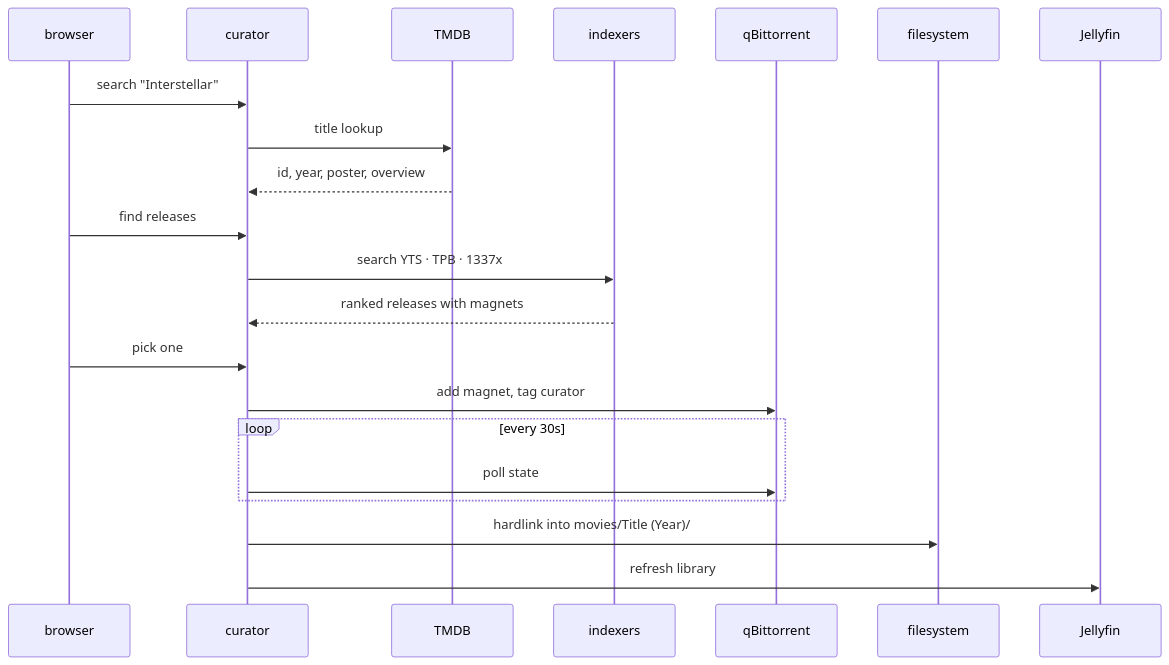
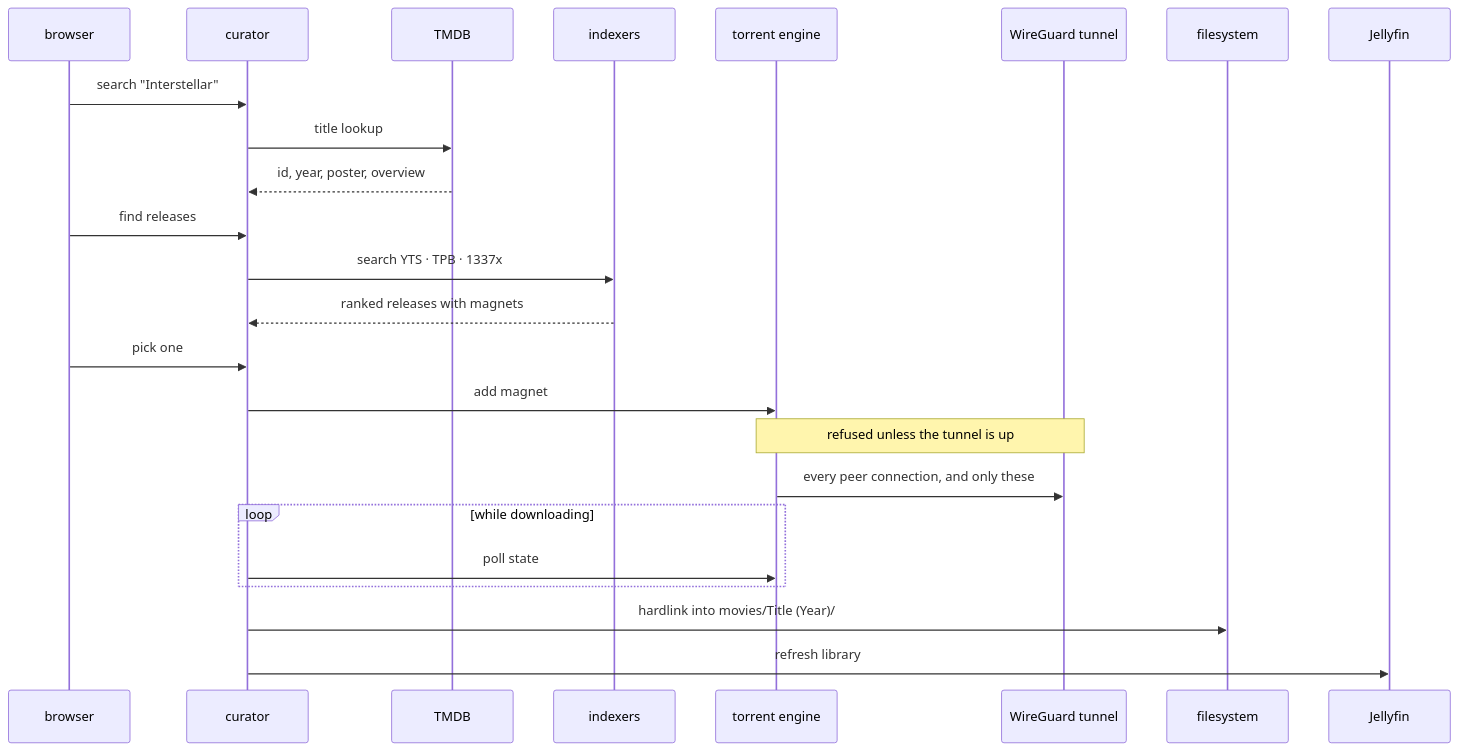
One commit to DulsaraNethmin/Curator changed the second of 4 diagrams in docs/architecture.md. Above: the diagram before and after it, drawn with Mermaid. The commit also changed other lines of this file and 8 other files, not shown here.

````diff
--- a/docs/architecture.md
+++ b/docs/architecture.md
@@ -40,24 +57,27 @@
 ```mermaid
 sequenceDiagram
     participant U as browser
     participant C as curator
     participant T as TMDB
     participant I as indexers
-    participant Q as qBittorrent
+    participant E as torrent engine
+    participant W as WireGuard tunnel
     participant F as filesystem
     participant J as Jellyfin
 
     U->>C: search "Interstellar"
     C->>T: title lookup
     T-->>C: id, year, poster, overview
     U->>C: find releases
     C->>I: search YTS · TPB · 1337x
     I-->>C: ranked releases with magnets
     U->>C: pick one
-    C->>Q: add magnet, tag curator
-    loop every 30s
-        C->>Q: poll state
+    C->>E: add magnet
+    Note over E,W: refused unless the tunnel is up
+    E->>W: every peer connection, and only these
+    loop while downloading
+        C->>E: poll state
     end
     C->>F: hardlink into movies/Title (Year)/
     C->>J: refresh library
 ```
````
